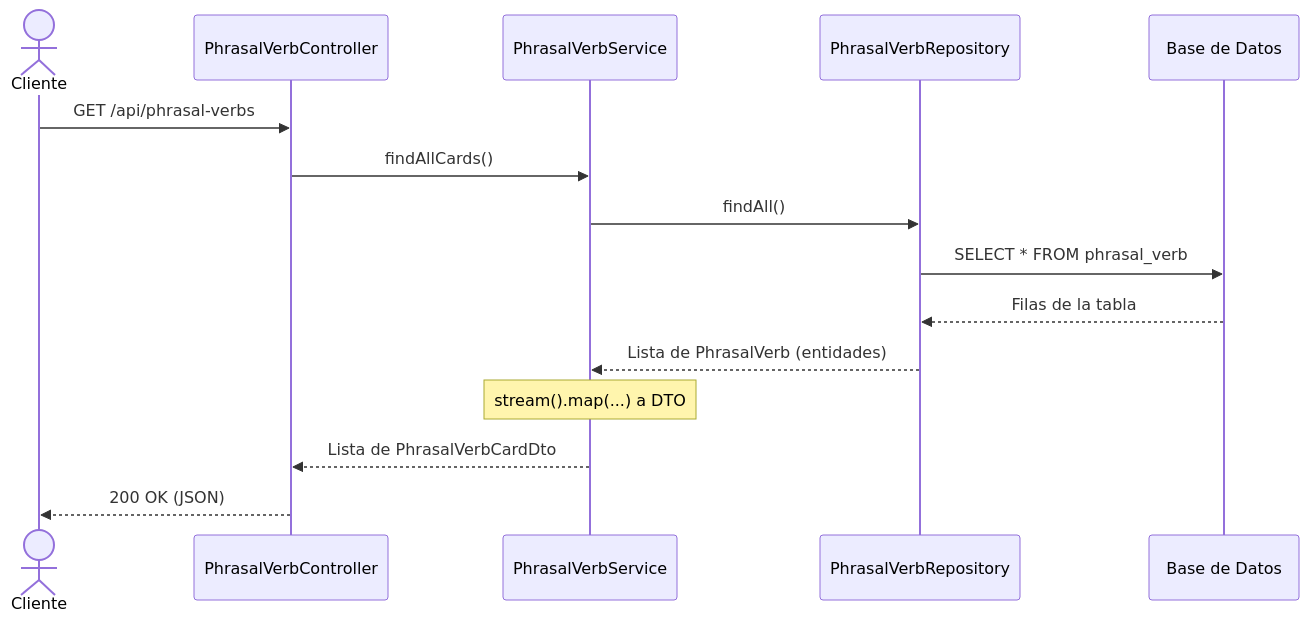
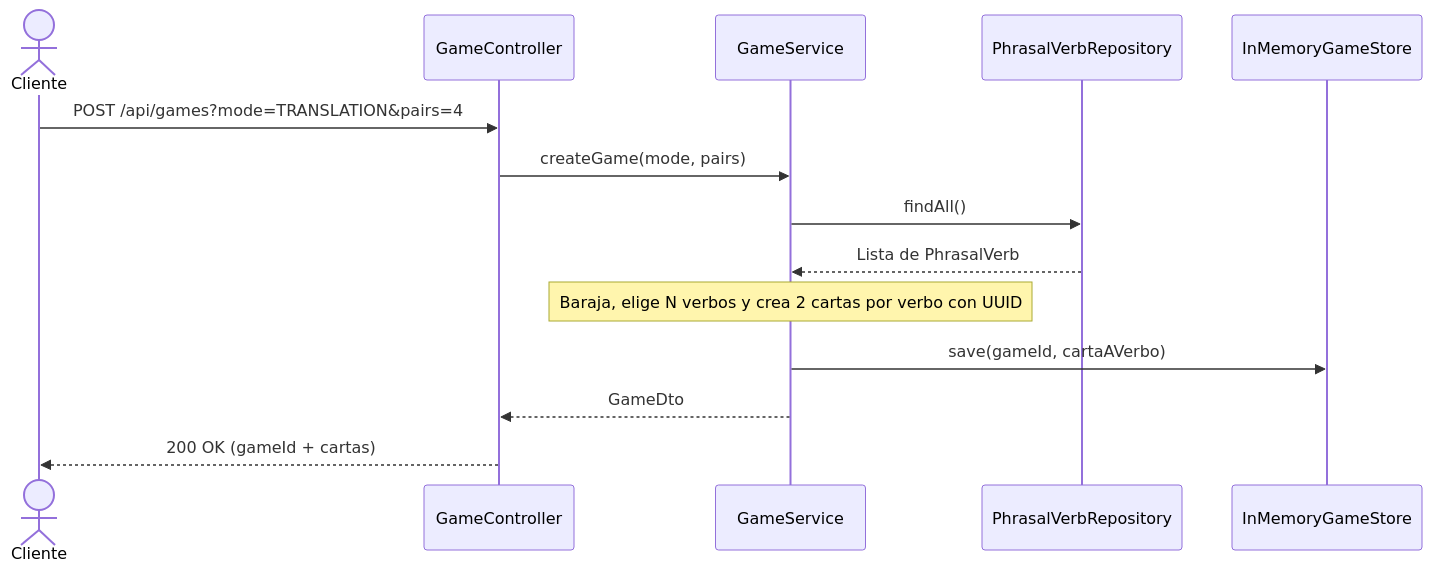
Before and after one commit to BryanDZV/PhrasalVerb_Backend: the first of 2 diagrams in README.md, drawn with Mermaid. The commit also changed other lines of this file, not shown here.

Commit message:
ocs: update README with game API, architecture and design decisions

````diff
--- a/README.md
+++ b/README.md
@@ -113,18 +123,17 @@
 ```mermaid
 sequenceDiagram
     actor Cliente
-    participant Controller as PhrasalVerbController
-    participant Service as PhrasalVerbService
+    participant Controller as GameController
+    participant Service as GameService
     participant Repo as PhrasalVerbRepository
-    participant DB as Base de Datos
+    participant Store as InMemoryGameStore
 
-    Cliente->>Controller: GET /api/phrasal-verbs
-    Controller->>Service: findAllCards()
+    Cliente->>Controller: POST /api/games?mode=TRANSLATION&pairs=4
+    Controller->>Service: createGame(mode, pairs)
     Service->>Repo: findAll()
-    Repo->>DB: SELECT * FROM phrasal_verb
-    DB-->>Repo: Filas de la tabla
-    Repo-->>Service: Lista de PhrasalVerb (entidades)
-    Note over Service: stream().map(...) a DTO
-    Service-->>Controller: Lista de PhrasalVerbCardDto
-    Controller-->>Cliente: 200 OK (JSON)
+    Repo-->>Service: Lista de PhrasalVerb
+    Note over Service: Baraja, elige N verbos y crea 2 cartas por verbo con UUID
+    Service->>Store: save(gameId, cartaAVerbo)
+    Service-->>Controller: GameDto
+    Controller-->>Cliente: 200 OK (gameId + cartas)
 ```
````
